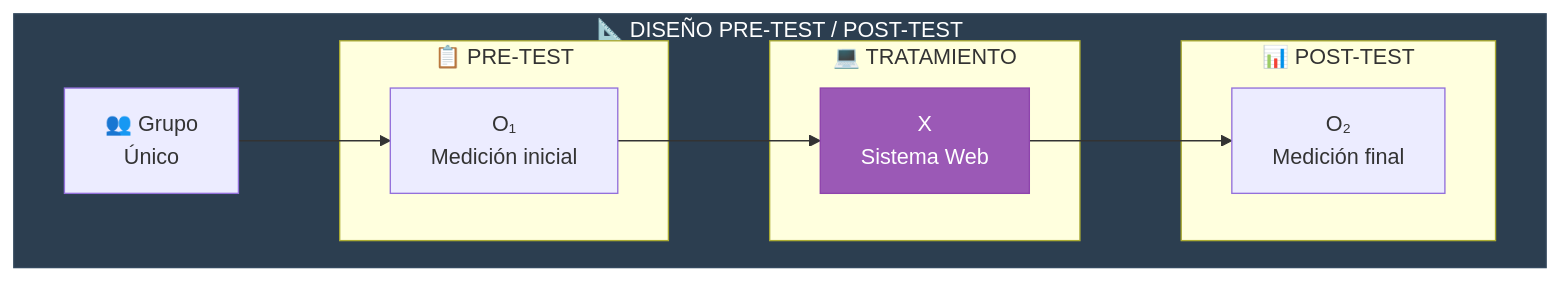
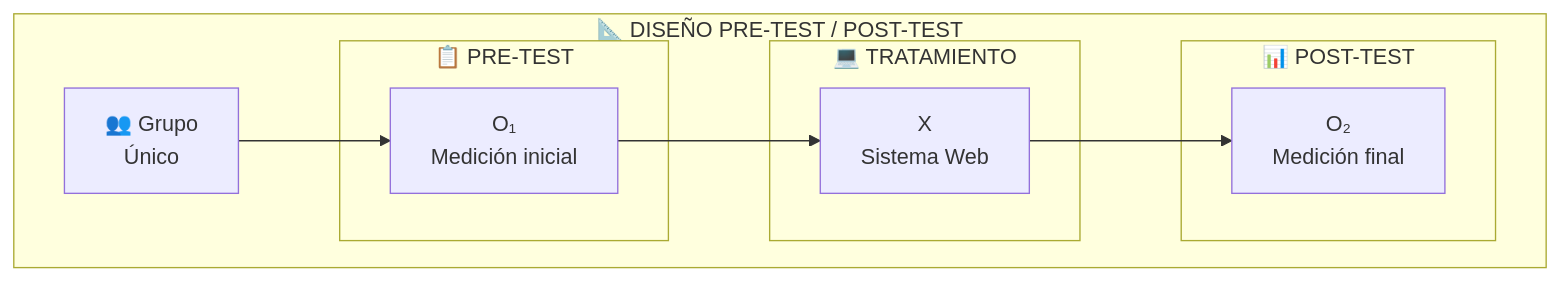
The second of 8 diagrams in docs/04-metodologia/README.md (decagraff/LCService), drawn with Mermaid before and after one commit. The commit also changed other lines of this file and 7 other files, not shown here.

````diff
--- a/docs/04-metodologia/README.md
+++ b/docs/04-metodologia/README.md
@@ -60,27 +57,25 @@
 ```mermaid
 flowchart LR
     subgraph diseño["📐 DISEÑO PRE-TEST / POST-TEST"]
         direction LR
 
         G["👥 Grupo<br/>Único"]
 
         subgraph pre["📋 PRE-TEST"]
             O1["O₁<br/>Medición inicial"]
         end
 
         subgraph tratamiento["💻 TRATAMIENTO"]
             X["X<br/>Sistema Web"]
         end
 
         subgraph post["📊 POST-TEST"]
             O2["O₂<br/>Medición final"]
         end
 
         G --> O1
         O1 --> X
         X --> O2
     end
 
-    style diseño fill:#2c3e50,stroke:#34495e,color:#fff
-    style X fill:#9b59b6,stroke:#8e44ad,color:#fff
 ```
````
